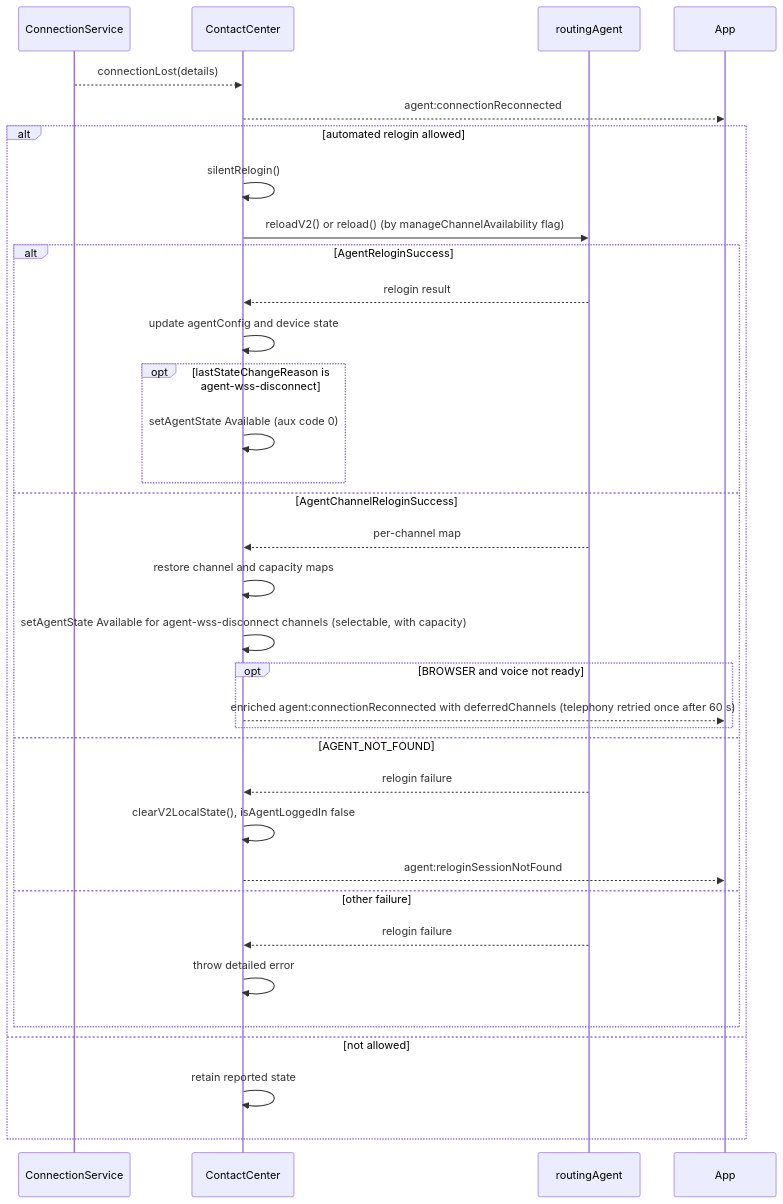
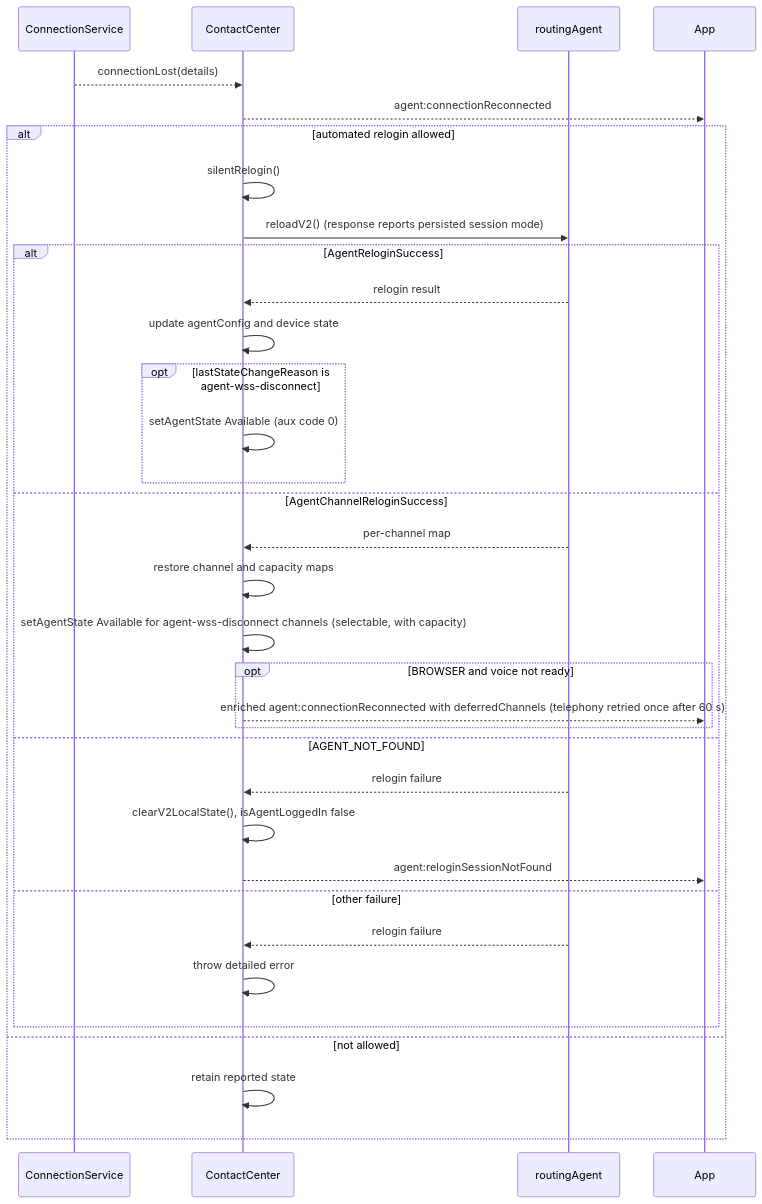
The fifth of 7 diagrams in packages/@webex/contact-center/src/services/agent/docs/README.md (webex/webex-js-sdk), drawn with Mermaid before and after one commit. The commit also changed other lines of this file and 6 other files, not shown here.

````diff
--- a/packages/@webex/contact-center/src/services/agent/docs/README.md
+++ b/packages/@webex/contact-center/src/services/agent/docs/README.md
@@ -507,36 +507,36 @@
 ```mermaid
 sequenceDiagram
   participant CS as ConnectionService
   participant CC as ContactCenter
   participant Agent as routingAgent
   participant App
   CS-->>CC: connectionLost(details)
   CC-->>App: agent:connectionReconnected
   alt automated relogin allowed
     CC->>CC: silentRelogin()
-    CC->>Agent: reloadV2() or reload() (by manageChannelAvailability flag)
+    CC->>Agent: reloadV2() (response reports persisted session mode)
     alt AgentReloginSuccess
       Agent-->>CC: relogin result
       CC->>CC: update agentConfig and device state
       opt lastStateChangeReason is agent-wss-disconnect
         CC->>CC: setAgentState Available (aux code 0)
       end
     else AgentChannelReloginSuccess
       Agent-->>CC: per-channel map
       CC->>CC: restore channel and capacity maps
       CC->>CC: setAgentState Available for agent-wss-disconnect channels (selectable, with capacity)
       opt BROWSER and voice not ready
         CC-->>App: enriched agent:connectionReconnected with deferredChannels (telephony retried once after 60 s)
       end
     else AGENT_NOT_FOUND
       Agent-->>CC: relogin failure
       CC->>CC: clearV2LocalState(), isAgentLoggedIn false
       CC-->>App: agent:reloginSessionNotFound
     else other failure
       Agent-->>CC: relogin failure
       CC->>CC: throw detailed error
     end
   else not allowed
     CC->>CC: retain reported state
   end
 ```
````
